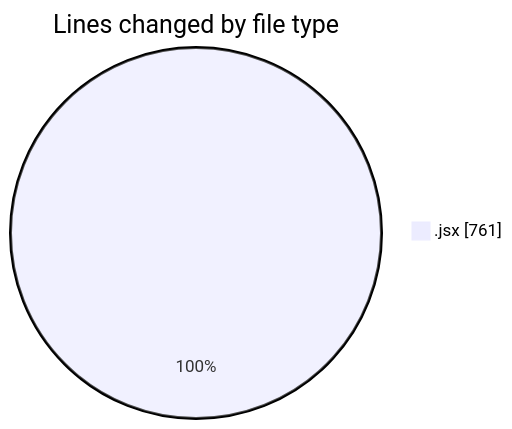
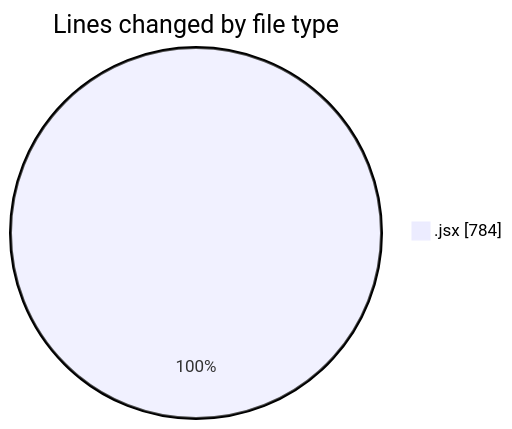
One commit to nxtqubesakshisongat/code-tracking changed the first of 2 diagrams in 2025-05-15/argos-dev/README.md. Above: the diagram before and after it, drawn with Mermaid. The commit also changed other lines of this file and 1 other file, not shown here.

````diff
--- a/2025-05-15/argos-dev/README.md
+++ b/2025-05-15/argos-dev/README.md
@@ -21,5 +21,5 @@
 ```mermaid
 pie showData
 title Lines changed by file type
-".jsx" : 761
+".jsx" : 784
 ```
````
